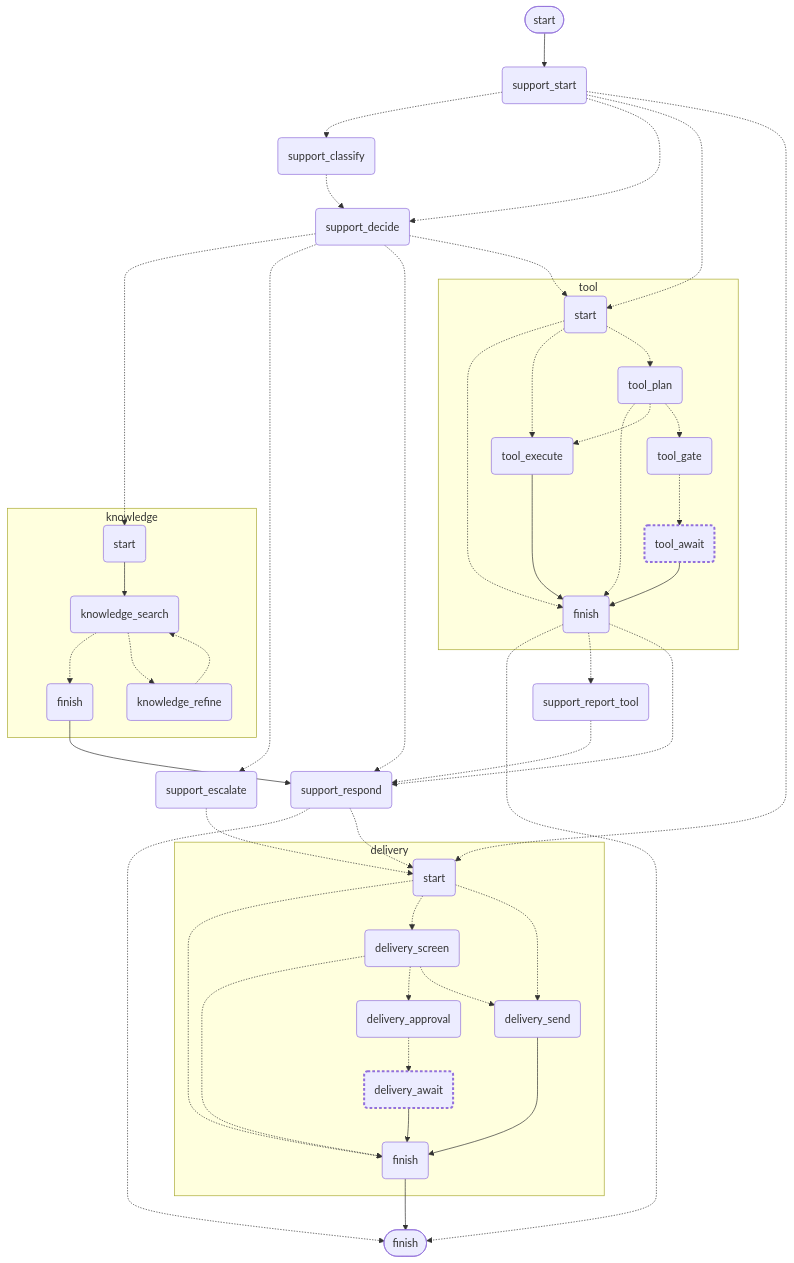
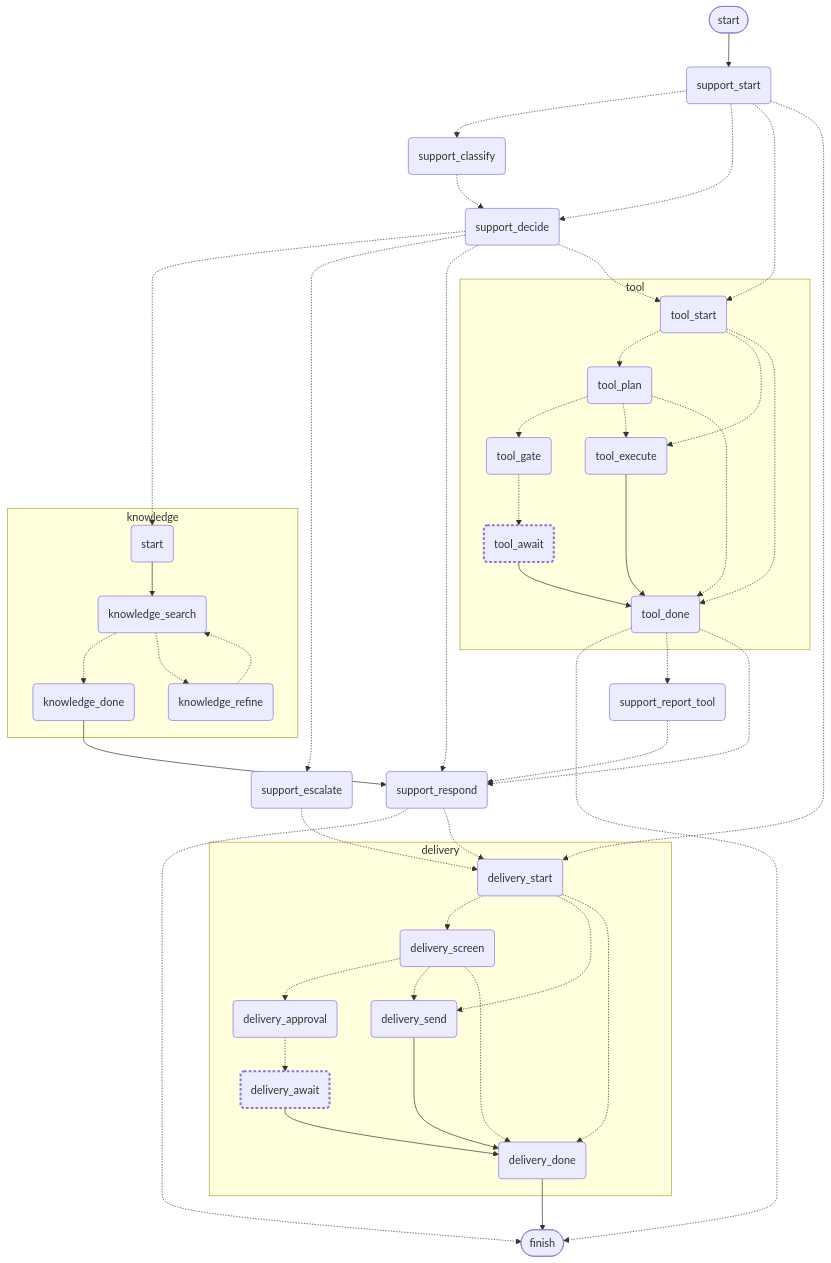
One commit to huynguyengl99/huynguyengl99.github.io changed the diagram in src/content/posts/agent-graph-engineering/06-subgraphs-persistence-interrupts.md. Above: the diagram before and after it, drawn with Mermaid. The commit also changed other lines of this file and 2 other files, not shown here.

````diff
--- a/src/content/posts/agent-graph-engineering/06-subgraphs-persistence-interrupts.md
+++ b/src/content/posts/agent-graph-engineering/06-subgraphs-persistence-interrupts.md
@@ -55,77 +67,77 @@
 ```mermaid
 graph TD;
     start([start])
     support_start(support_start)
     support_classify(support_classify)
     support_decide(support_decide)
     support_escalate(support_escalate)
     support_report_tool(support_report_tool)
     support_respond(support_respond)
     finish([finish])
     start --> support_start;
     knowledge_done --> support_respond;
     support_classify -.-> support_decide;
-    support_decide -.-> knowledge_start;
+    support_decide -.-> knowledge_entry;
     support_decide -.-> support_escalate;
     support_decide -.-> support_respond;
     support_decide -.-> tool_start;
     support_escalate -.-> delivery_start;
     support_report_tool -.-> support_respond;
     support_respond -.-> finish;
     support_respond -.-> delivery_start;
     support_start -.-> support_classify;
     support_start -.-> support_decide;
     support_start -.-> tool_start;
     support_start -.-> delivery_start;
     tool_done -.-> finish;
     tool_done -.-> support_report_tool;
     tool_done -.-> support_respond;
     delivery_done --> finish;
     subgraph knowledge
-    knowledge_start(start)
+    knowledge_entry(start)
     knowledge_search(knowledge_search)
     knowledge_refine(knowledge_refine)
-    knowledge_done(finish)
-    knowledge_start --> knowledge_search;
+    knowledge_done(knowledge_done)
+    knowledge_entry --> knowledge_search;
     knowledge_refine -.-> knowledge_search;
     knowledge_search -.-> knowledge_done;
     knowledge_search -.-> knowledge_refine;
     end
     subgraph tool
-    tool_start(start)
+    tool_start(tool_start)
     tool_plan(tool_plan)
     tool_gate(tool_gate)
     tool_await(tool_await)
     tool_execute(tool_execute)
-    tool_done(finish)
+    tool_done(tool_done)
+    tool_start -.-> tool_plan;
+    tool_start -.-> tool_execute;
     tool_start -.-> tool_done;
-    tool_start -.-> tool_execute;
-    tool_start -.-> tool_plan;
+    tool_plan -.-> tool_gate;
+    tool_plan -.-> tool_execute;
     tool_plan -.-> tool_done;
-    tool_plan -.-> tool_execute;
-    tool_plan -.-> tool_gate;
     tool_gate -.-> tool_await;
     tool_await --> tool_done;
     tool_execute --> tool_done;
     end
     subgraph delivery
-    delivery_start(start)
+    delivery_start(delivery_start)
     delivery_screen(delivery_screen)
     delivery_approval(delivery_approval)
     delivery_await(delivery_await)
     delivery_send(delivery_send)
-    delivery_done(finish)
-    delivery_start -.-> delivery_done;
+    delivery_done(delivery_done)
     delivery_start -.-> delivery_screen;
     delivery_start -.-> delivery_send;
-    delivery_screen -.-> delivery_done;
+    delivery_start -.-> delivery_done;
     delivery_screen -.-> delivery_approval;
     delivery_screen -.-> delivery_send;
+    delivery_screen -.-> delivery_done;
     delivery_approval -.-> delivery_await;
     delivery_await --> delivery_done;
     delivery_send --> delivery_done;
     end
     classDef blocking stroke-width:3px,stroke-dasharray:4 3;
     class delivery_await blocking;
     class tool_await blocking;
 ```
````
